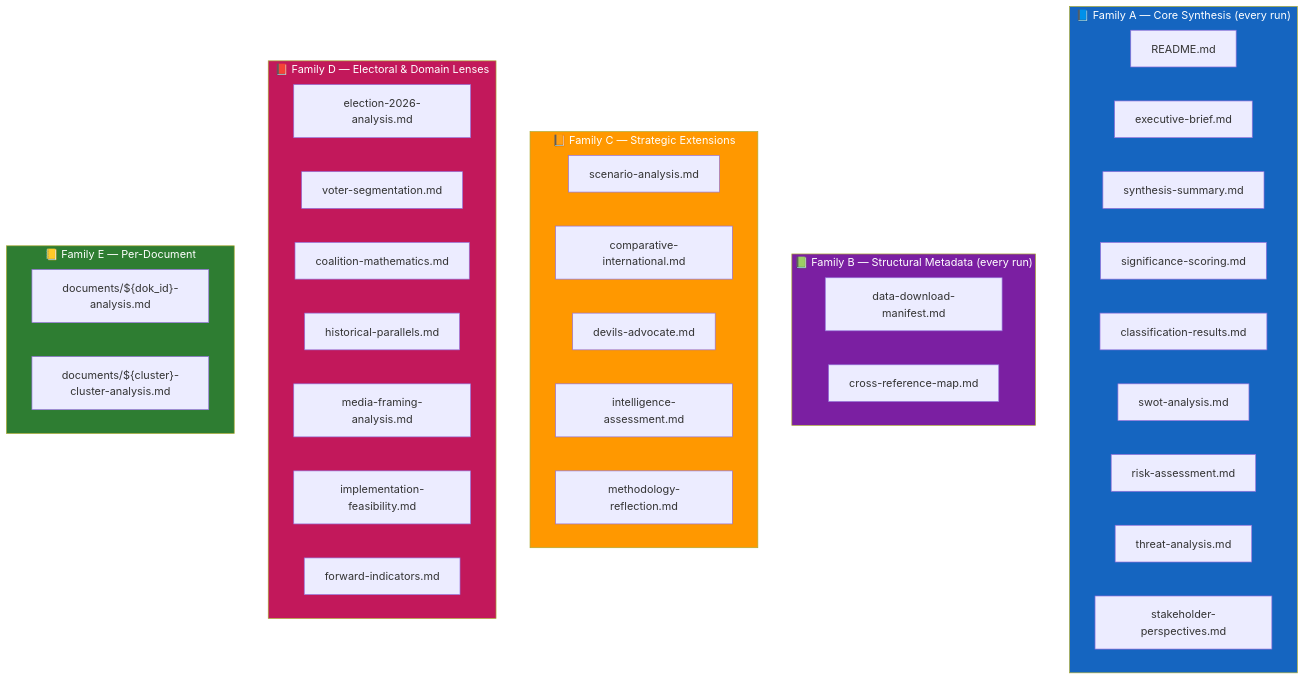
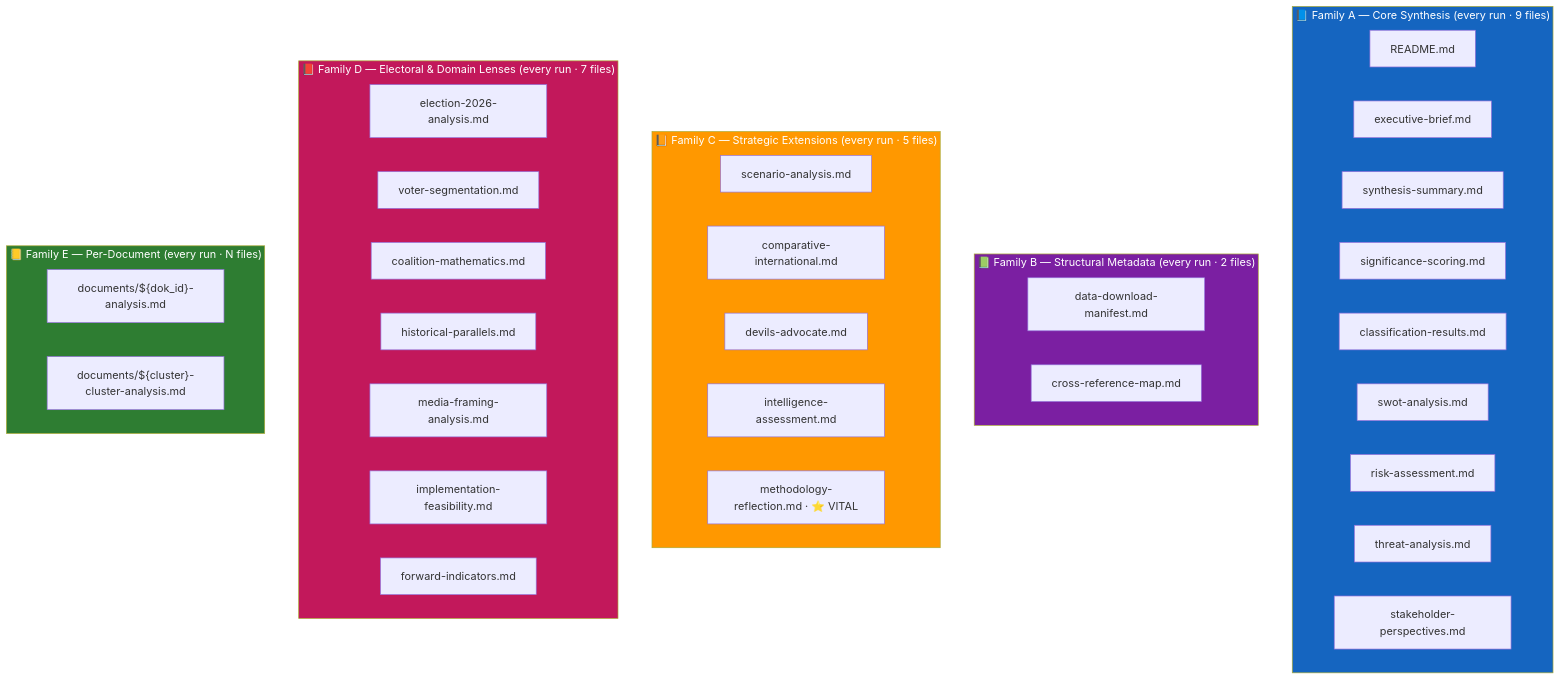
One commit to Hack23/riksdagsmonitor changed the second of 4 diagrams in analysis/methodologies/ai-driven-analysis-guide.md. Above: the diagram before and after it, drawn with Mermaid. The commit also changed other lines of this file and 5 other files, not shown here.

First line of the commit message:
Elevate all families to always-produced core; flag methodology-reflection VITAL

````diff
--- a/analysis/methodologies/ai-driven-analysis-guide.md
+++ b/analysis/methodologies/ai-driven-analysis-guide.md
@@ -210,48 +210,48 @@
 ```mermaid
 graph TB
-    subgraph FA["📘 Family A — Core Synthesis (every run)"]
+    subgraph FA["📘 Family A — Core Synthesis (every run · 9 files)"]
         A1[README.md]
         A2[executive-brief.md]
         A3[synthesis-summary.md]
         A4[significance-scoring.md]
         A5[classification-results.md]
         A6[swot-analysis.md]
         A7[risk-assessment.md]
         A8[threat-analysis.md]
         A9[stakeholder-perspectives.md]
     end
 
-    subgraph FB["📗 Family B — Structural Metadata (every run)"]
+    subgraph FB["📗 Family B — Structural Metadata (every run · 2 files)"]
         B1[data-download-manifest.md]
         B2[cross-reference-map.md]
     end
 
-    subgraph FC["📙 Family C — Strategic Extensions"]
+    subgraph FC["📙 Family C — Strategic Extensions (every run · 5 files)"]
         C1[scenario-analysis.md]
         C2[comparative-international.md]
         C3[devils-advocate.md]
         C4[intelligence-assessment.md]
-        C5[methodology-reflection.md]
+        C5[methodology-reflection.md · ⭐ VITAL]
     end
 
-    subgraph FD["📕 Family D — Electoral & Domain Lenses"]
+    subgraph FD["📕 Family D — Electoral & Domain Lenses (every run · 7 files)"]
         D1[election-2026-analysis.md]
         D2[voter-segmentation.md]
         D3[coalition-mathematics.md]
         D4[historical-parallels.md]
         D5[media-framing-analysis.md]
         D6[implementation-feasibility.md]
         D7[forward-indicators.md]
     end
 
-    subgraph FE["📒 Family E — Per-Document"]
+    subgraph FE["📒 Family E — Per-Document (every run · N files)"]
         E1["documents/${dok_id}-analysis.md"]
         E2["documents/${cluster}-cluster-analysis.md"]
     end
 
     style FA fill:#1565C0,color:#FFFFFF
     style FB fill:#7B1FA2,color:#FFFFFF
     style FC fill:#FF9800,color:#FFFFFF
     style FD fill:#C2185B,color:#FFFFFF
     style FE fill:#2E7D32,color:#FFFFFF
 ```
````
